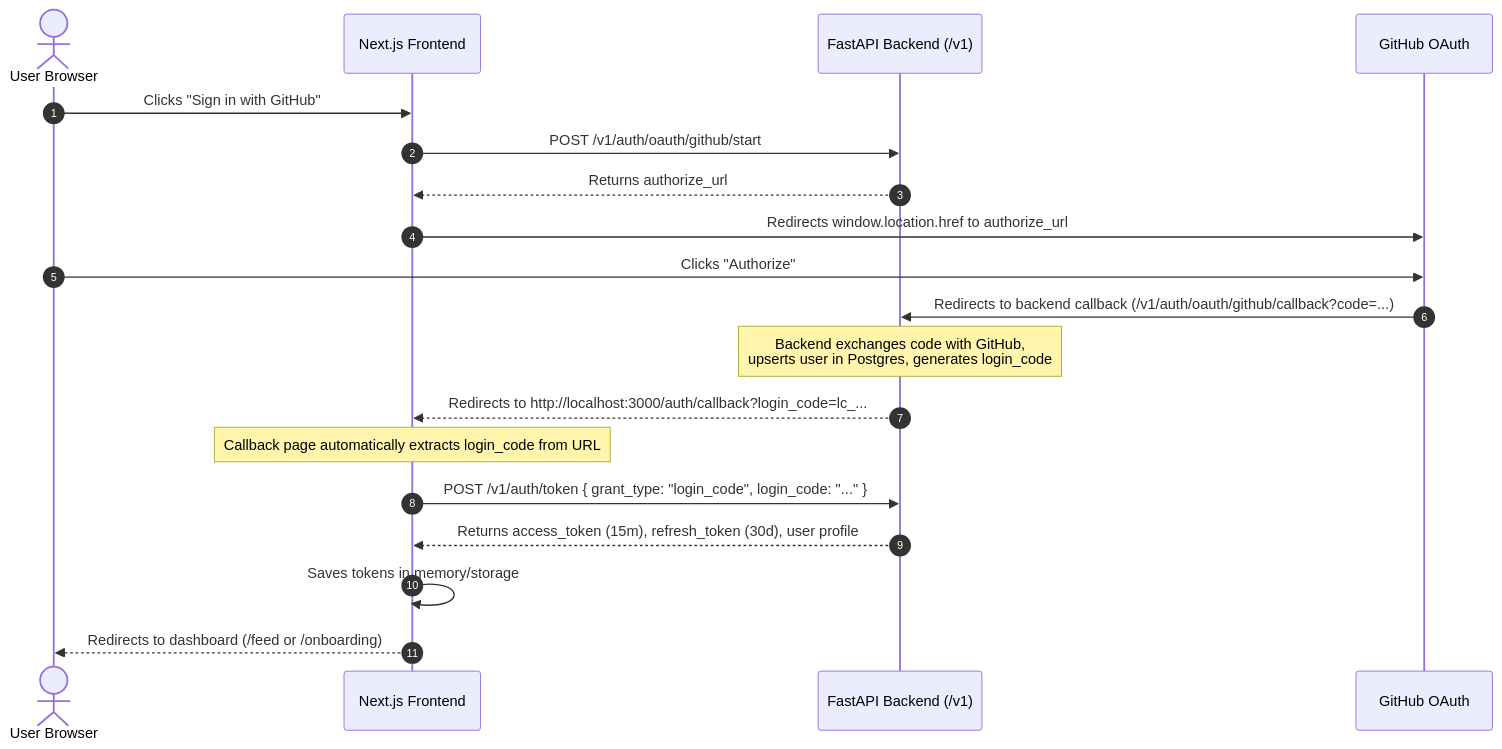
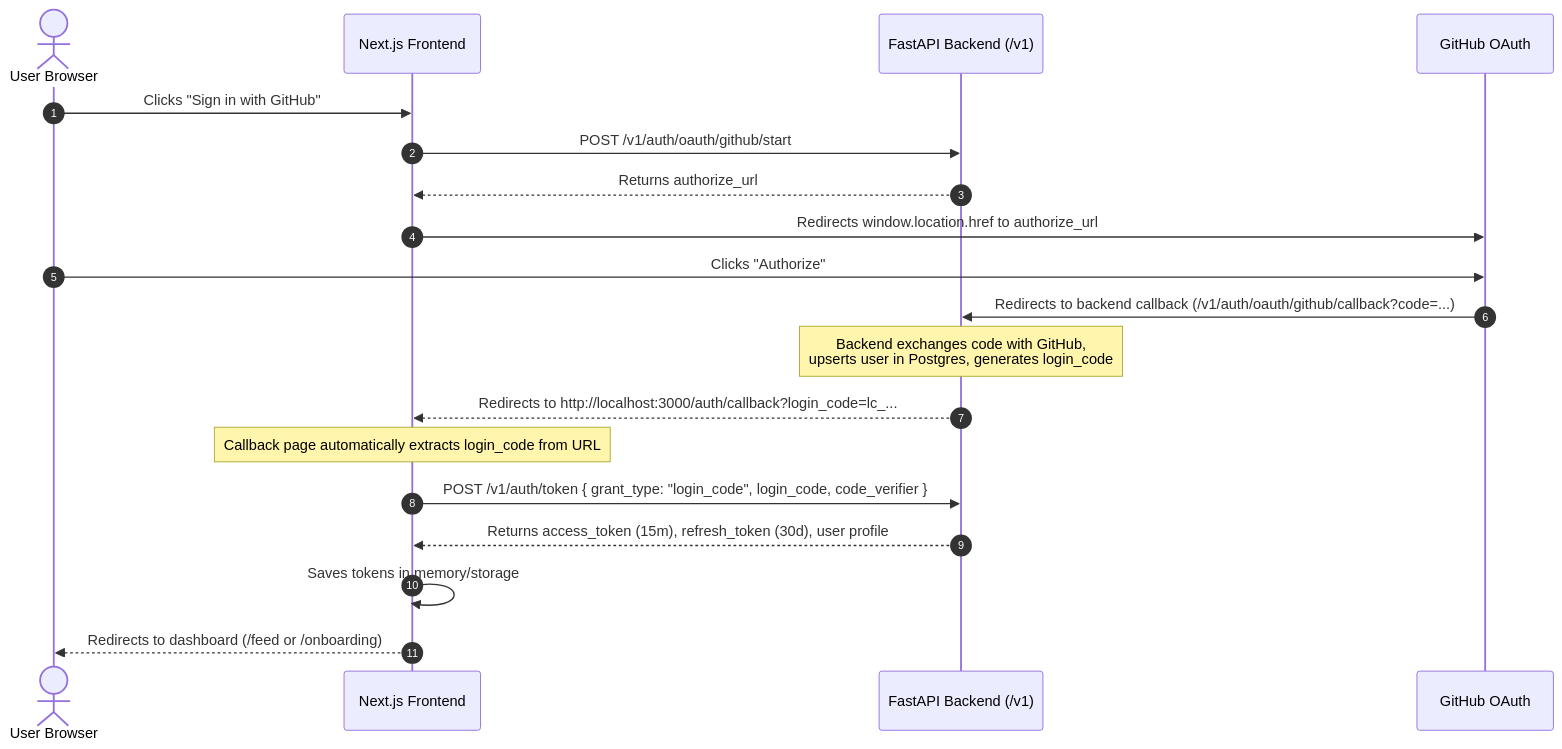
Before and after one commit to AI-UNIPOD/Village-Sqwhere-ACODEV: the diagram in docs/backend.md, drawn with Mermaid. The commit also changed other lines of this file and 5 other files, not shown here.

````diff
--- a/docs/backend.md
+++ b/docs/backend.md
@@ -301,22 +301,22 @@
 ```mermaid
 sequenceDiagram
     autonumber
     actor User as User Browser
     participant Web as Next.js Frontend
     participant API as FastAPI Backend (/v1)
     participant GH as GitHub OAuth
 
     User->>Web: Clicks "Sign in with GitHub"
     Web->>API: POST /v1/auth/oauth/github/start
     API-->>Web: Returns authorize_url
     Web->>GH: Redirects window.location.href to authorize_url
     User->>GH: Clicks "Authorize"
     GH->>API: Redirects to backend callback (/v1/auth/oauth/github/callback?code=...)
     Note over API: Backend exchanges code with GitHub,<br/>upserts user in Postgres, generates login_code
     API-->>Web: Redirects to http://localhost:3000/auth/callback?login_code=lc_...
     Note over Web: Callback page automatically extracts login_code from URL
-    Web->>API: POST /v1/auth/token { grant_type: "login_code", login_code: "..." }
+    Web->>API: POST /v1/auth/token { grant_type: "login_code", login_code, code_verifier }
     API-->>Web: Returns access_token (15m), refresh_token (30d), user profile
     Web->>Web: Saves tokens in memory/storage
     Web-->>User: Redirects to dashboard (/feed or /onboarding)
 ```
````
